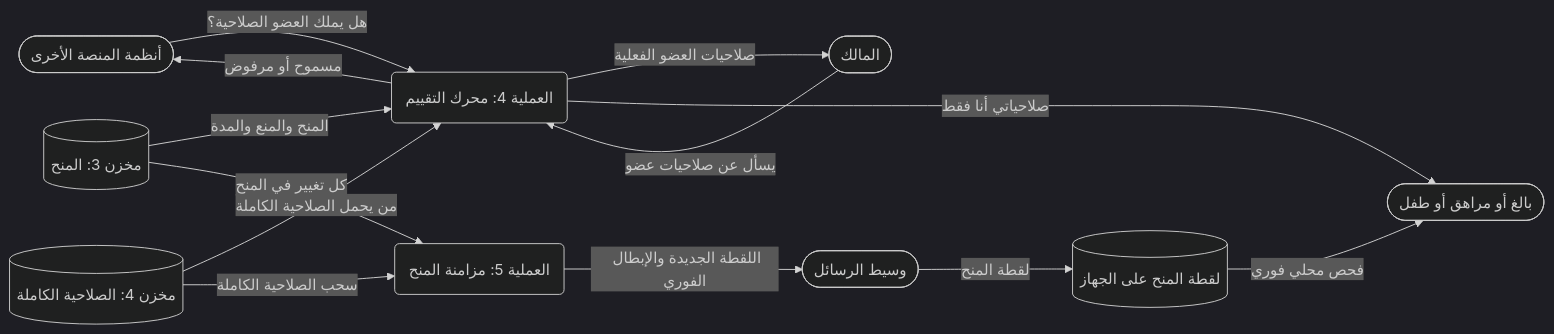
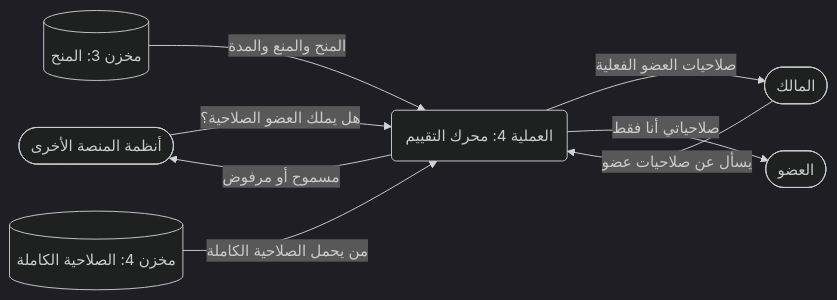
One commit to Bassam-mohammed-alqaeadi/family-os-v2 changed diagram 29 of 39 in docs/family-os/governance/phases/phase-1/S1-03-family-roles-and-permissions/DIAGRAMS.md. Above: the diagram before and after it, drawn with Mermaid (dark theme). The commit also changed other lines of this file, not shown here.

Commit message:
دفعة الشكل 2 — S1-03: التفاف التسلسلات + تقصير الرسائل + تقسيم حالات الاستخدام وDFD (مخالفات 103 ← 0، فوق الحد 17 ← 0)

````diff
--- a/docs/family-os/governance/phases/phase-1/S1-03-family-roles-and-permissions/DIAGRAMS.md
+++ b/docs/family-os/governance/phases/phase-1/S1-03-family-roles-and-permissions/DIAGRAMS.md
@@ -960,25 +1071,17 @@
 ```mermaid
 flowchart LR
     Systems([أنظمة المنصة الأخرى])
     Owner([المالك])
-    Member([بالغ أو مراهق أو طفل])
+    Member([العضو])
     P4(العملية 4: محرك التقييم)
-    P5(العملية 5: مزامنة المنح)
     D3[(مخزن 3: المنح)]
     D4[(مخزن 4: الصلاحية الكاملة)]
-    Broker([وسيط الرسائل])
-    Snap[(لقطة المنح على الجهاز)]
 
     Systems -->|هل يملك العضو الصلاحية؟| P4
-    P4 -->|مسموح أو مرفوض| Systems
+    Owner -->|يسأل عن صلاحيات عضو| P4
     D3 -->|المنح والمنع والمدة| P4
     D4 -->|من يحمل الصلاحية الكاملة| P4
-    Owner -->|يسأل عن صلاحيات عضو| P4
+    P4 -->|مسموح أو مرفوض| Systems
     P4 -->|صلاحيات العضو الفعلية| Owner
     P4 -->|صلاحياتي أنا فقط| Member
-    D3 -->|كل تغيير في المنح| P5
-    D4 -->|سحب الصلاحية الكاملة| P5
-    P5 -->|اللقطة الجديدة والإبطال الفوري| Broker
-    Broker -->|لقطة المنح| Snap
-    Snap -->|فحص محلي فوري| Member
 ```
````
